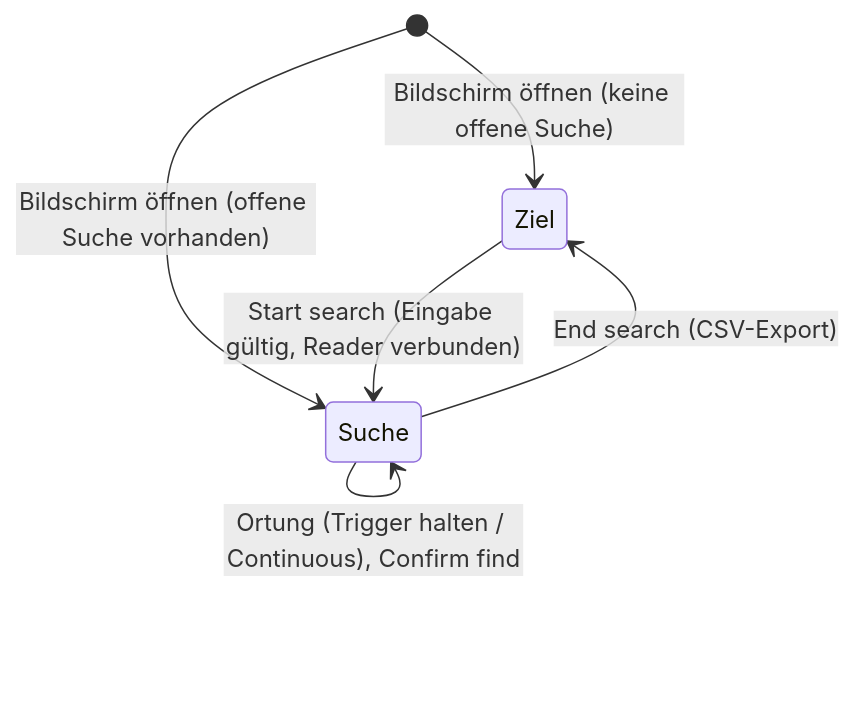
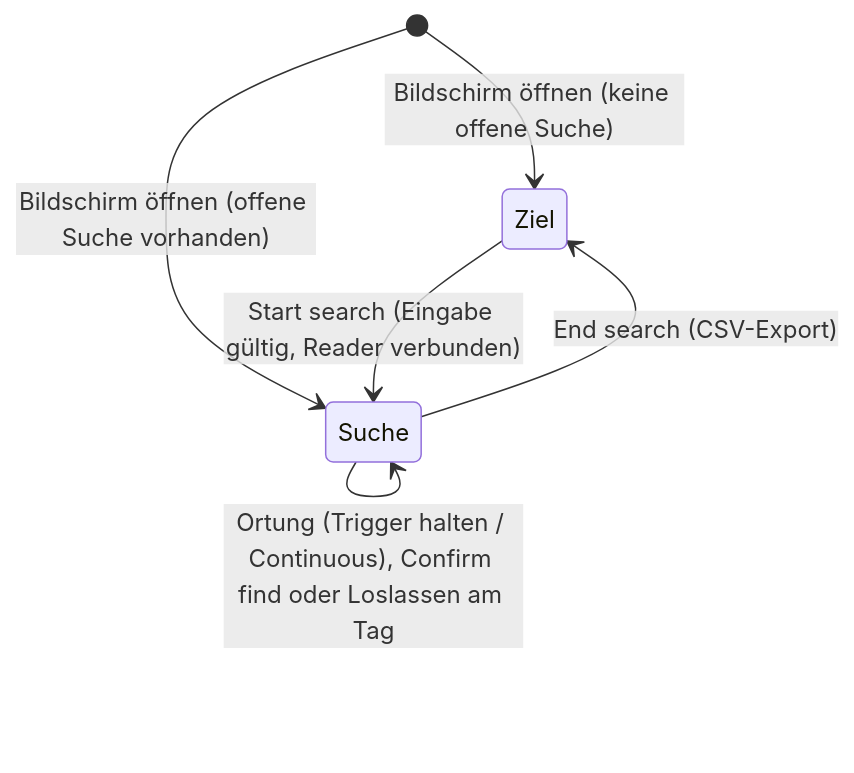
The third of 3 diagrams in docs/confluence/02-produktuebersicht.md (Kamilski86/QCC), drawn with Mermaid before and after one commit. The commit also changed other lines of this file and 38 other files, not shown here.

````diff
--- a/docs/confluence/02-produktuebersicht.md
+++ b/docs/confluence/02-produktuebersicht.md
@@ -80,8 +85,8 @@
 ```mermaid
 stateDiagram-v2
     [*] --> Ziel: Bildschirm öffnen (keine offene Suche)
     [*] --> Suche: Bildschirm öffnen (offene Suche vorhanden)
     Ziel --> Suche: Start search (Eingabe gültig, Reader verbunden)
-    Suche --> Suche: Ortung (Trigger halten / Continuous), Confirm find
+    Suche --> Suche: Ortung (Trigger halten / Continuous), Confirm find oder Loslassen am Tag
     Suche --> Ziel: End search (CSV-Export)
 ```
````
